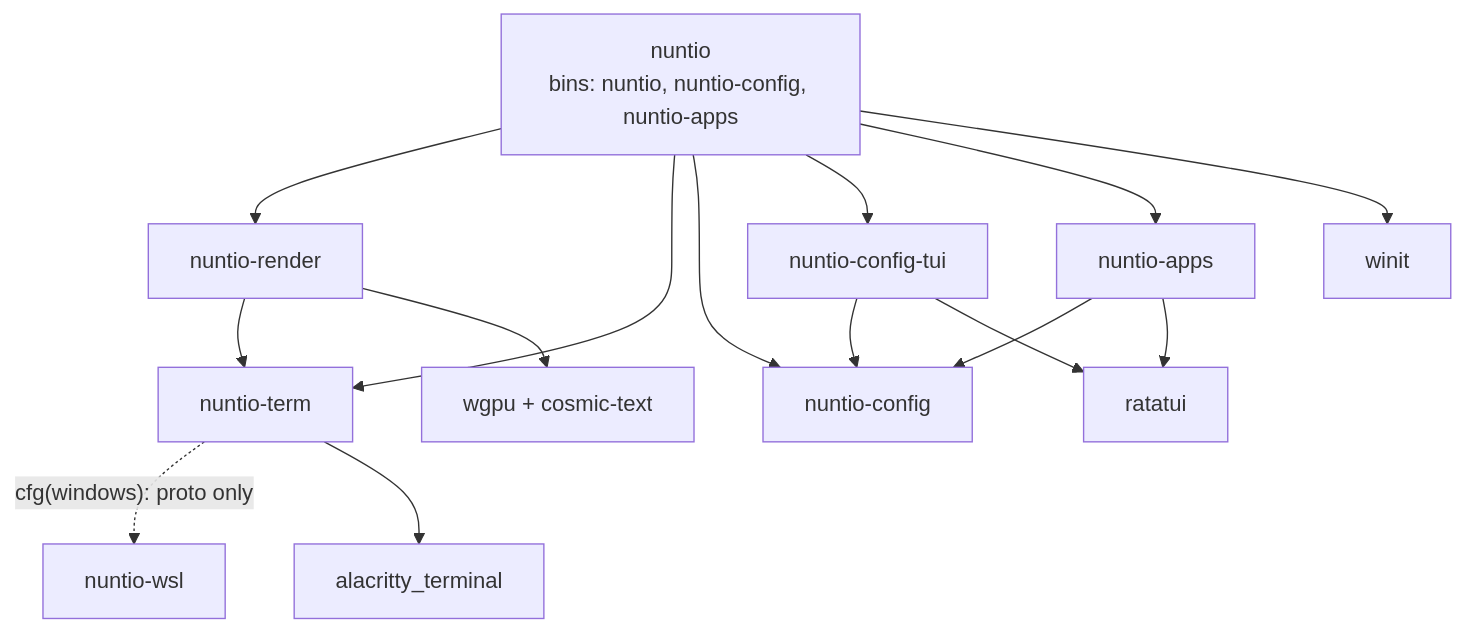
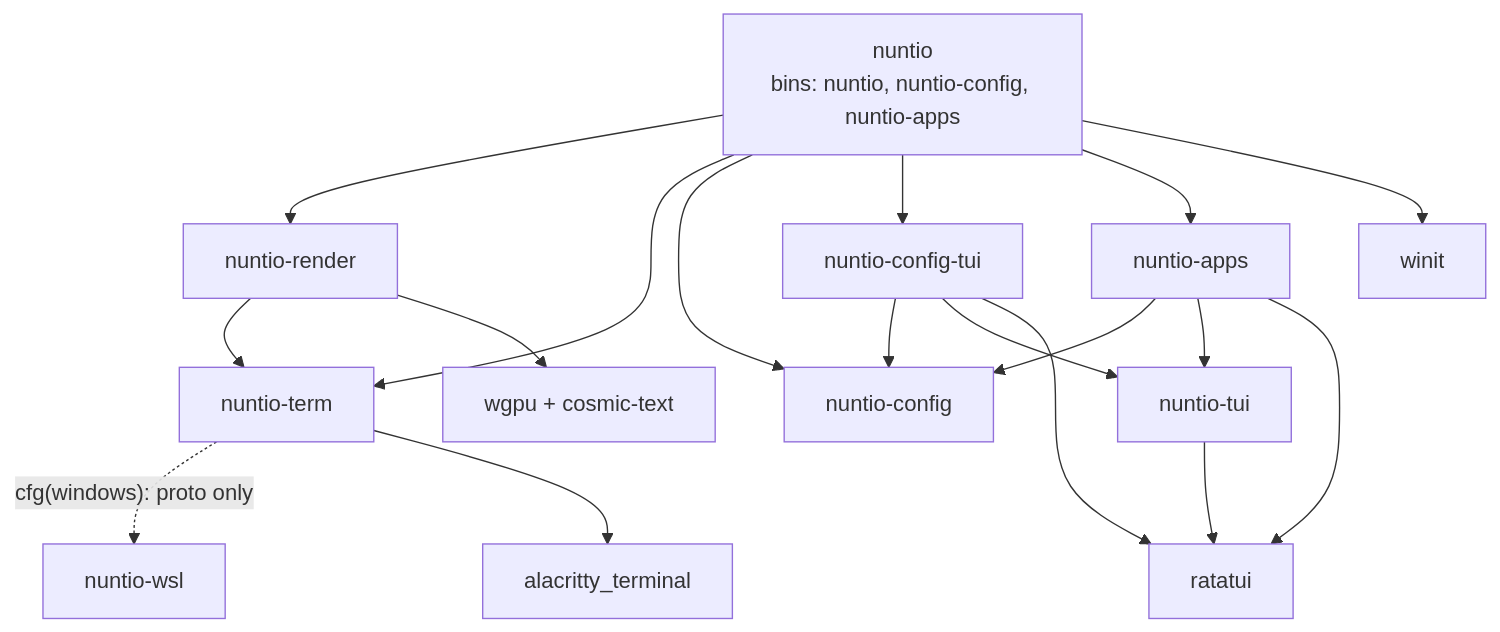
Before and after one commit to cebor/nuntio: the second of 6 diagrams in ARCHITECTURE.md, drawn with Mermaid. The commit also changed other lines of this file and 13 other files, not shown here.

First line of the commit message:
Share terminal setup between the two TUIs in nuntio-tui

````diff
--- a/ARCHITECTURE.md
+++ b/ARCHITECTURE.md
@@ -61,17 +61,20 @@
 ```mermaid
 flowchart TD
     nuntio["nuntio<br/>bins: nuntio, nuntio-config, nuntio-apps"] --> render[nuntio-render]
     nuntio --> term[nuntio-term]
     nuntio --> config[nuntio-config]
     nuntio --> tui[nuntio-config-tui]
     nuntio --> apps[nuntio-apps]
     apps --> config
+    apps --> termui[nuntio-tui]
     render --> term
     tui --> config
+    tui --> termui
     term -.->|"cfg(windows): proto only"| wsl[nuntio-wsl]
     term --> alacritty[alacritty_terminal]
     render --> wgpu[wgpu + cosmic-text]
     nuntio --> winit[winit]
     tui --> ratatui[ratatui]
     apps --> ratatui
+    termui --> ratatui
 ```
````
